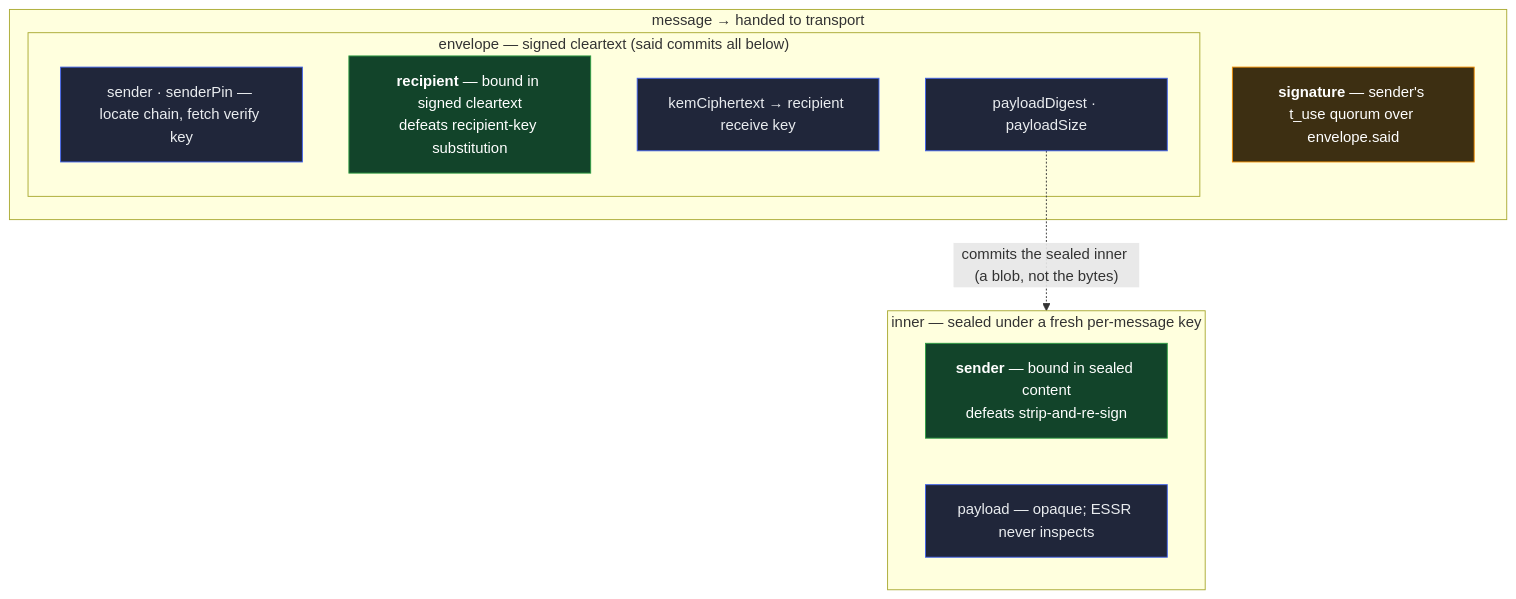
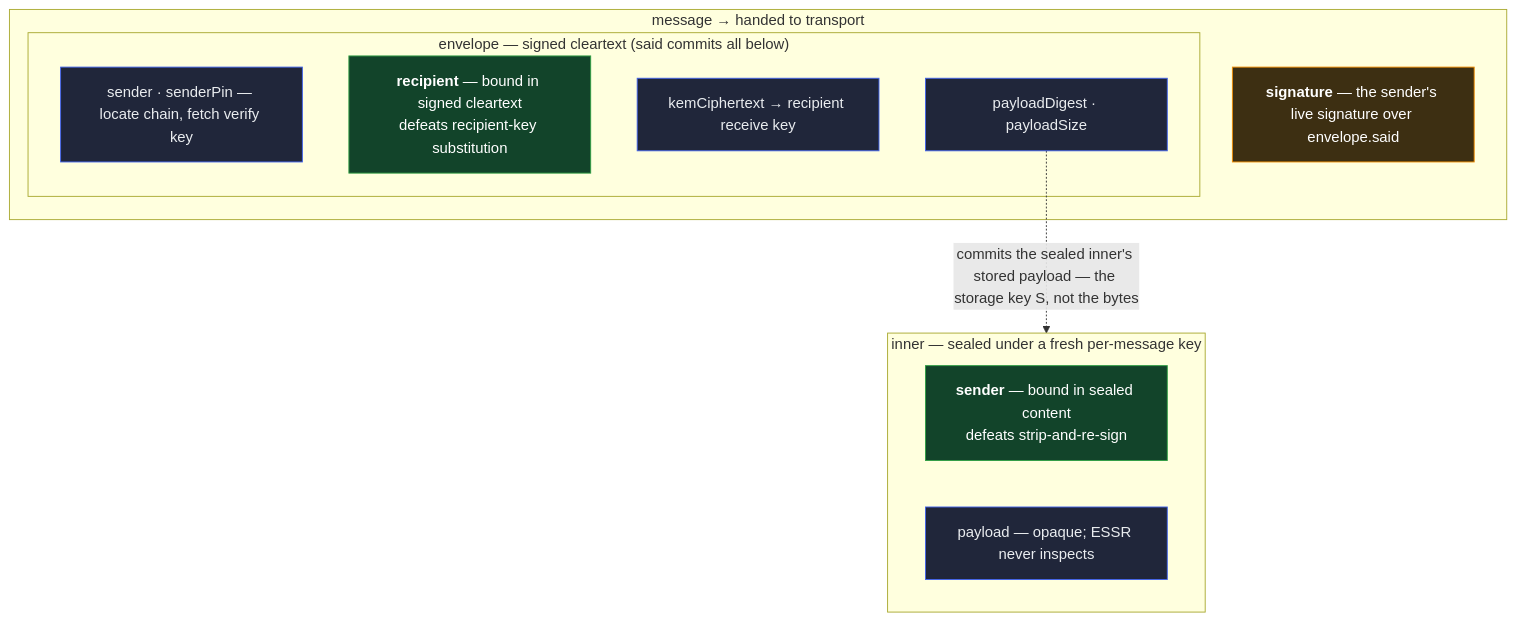
Before and after one commit to jasoncolburne/vdti: the diagram in docs/design/primitives/protocols/essr.md, drawn with Mermaid. The commit also changed other lines of this file and 79 other files, not shown here.

````diff
--- a/docs/design/primitives/protocols/essr.md
+++ b/docs/design/primitives/protocols/essr.md
@@ -55,20 +55,20 @@
 ```mermaid
 flowchart TB
   subgraph message["message → handed to transport"]
-    signature["<b>signature</b> — sender's t_use quorum over envelope.said"]:::sig
+    signature["<b>signature</b> — the sender's live signature over envelope.said"]:::sig
     subgraph envelope["envelope — signed cleartext (said commits all below)"]
       sndr["sender · senderPin — locate chain, fetch verify key"]:::fld
       rcpt["<b>recipient</b> — bound in signed cleartext<br/>defeats recipient-key substitution"]:::bind
       kem["kemCiphertext → recipient receive key"]:::fld
       dig["payloadDigest · payloadSize"]:::fld
     end
   end
-  dig -.->|"commits the sealed inner (a blob, not the bytes)"| inner
+  dig -.->|"commits the sealed inner's stored payload — the storage key S, not the bytes"| inner
   subgraph inner["inner — sealed under a fresh per-message key"]
     isndr["<b>sender</b> — bound in sealed content<br/>defeats strip-and-re-sign"]:::bind
     pl["payload — opaque; ESSR never inspects"]:::fld
   end
   classDef sig fill:#3d2f12,stroke:#f08c00,color:#fff
   classDef fld fill:#20263a,stroke:#4263eb,color:#e9ecef
   classDef bind fill:#12442a,stroke:#2f9e44,color:#fff
 ```
````
